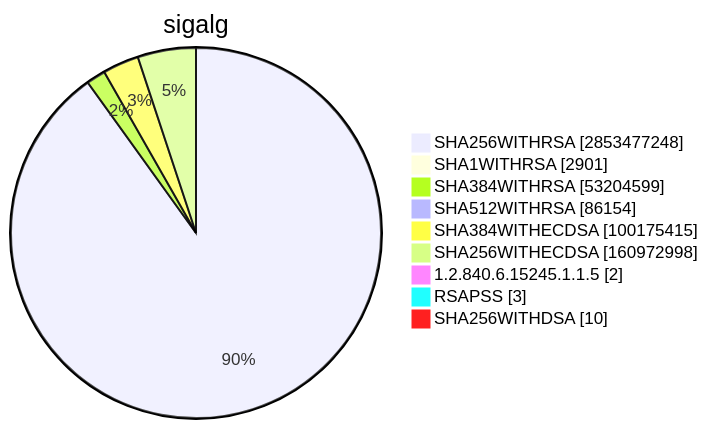
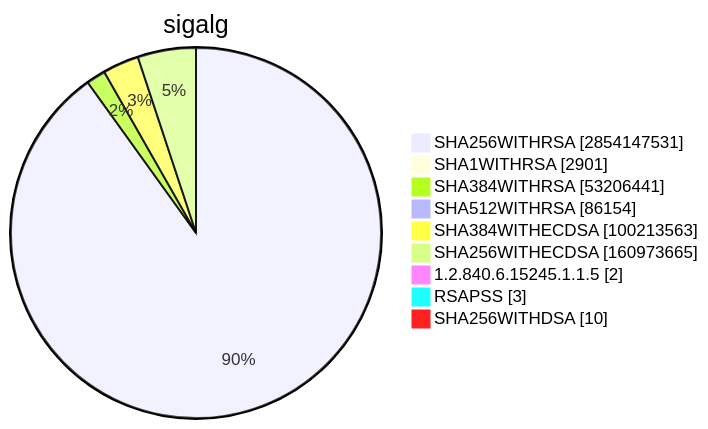
Before and after one commit to christiankrug/ctmonitor_visualization: diagram 15 of 15 in TOTAL/README.md, drawn with Mermaid. The commit also changed other lines of this file, not shown here.

````diff
--- a/TOTAL/README.md
+++ b/TOTAL/README.md
@@ -6207,13 +6207,13 @@
 ```mermaid
 pie showData
 title sigalg
-"SHA256WITHRSA" :2853477248
+"SHA256WITHRSA" :2854147531
 "SHA1WITHRSA" :2901
-"SHA384WITHRSA" :53204599
+"SHA384WITHRSA" :53206441
 "SHA512WITHRSA" :86154
-"SHA384WITHECDSA" :100175415
-"SHA256WITHECDSA" :160972998
+"SHA384WITHECDSA" :100213563
+"SHA256WITHECDSA" :160973665
 "1.2.840.6.15245.1.1.5" :2
 "RSAPSS" :3
 "SHA256WITHDSA" :10
 ```
````
